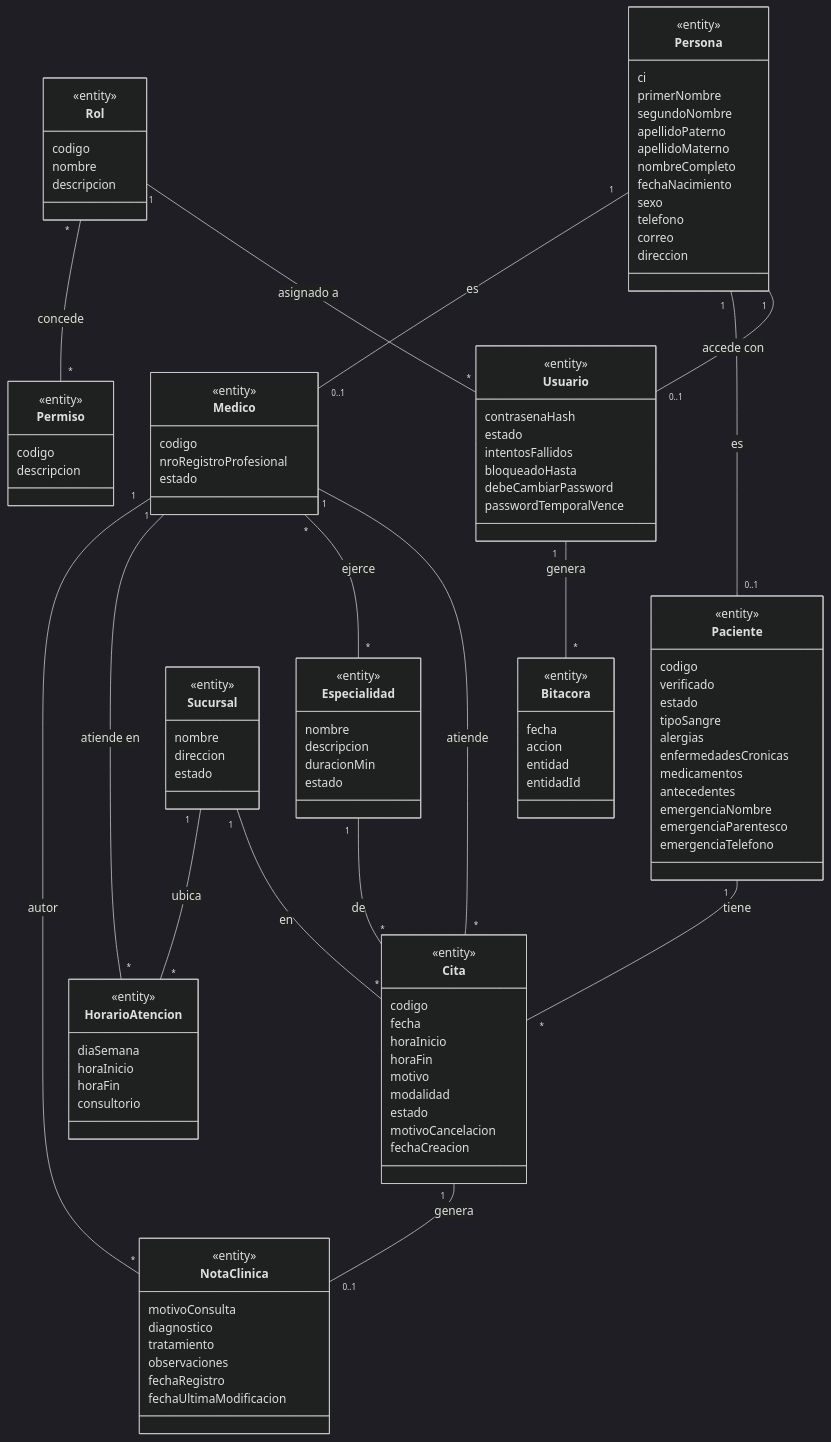
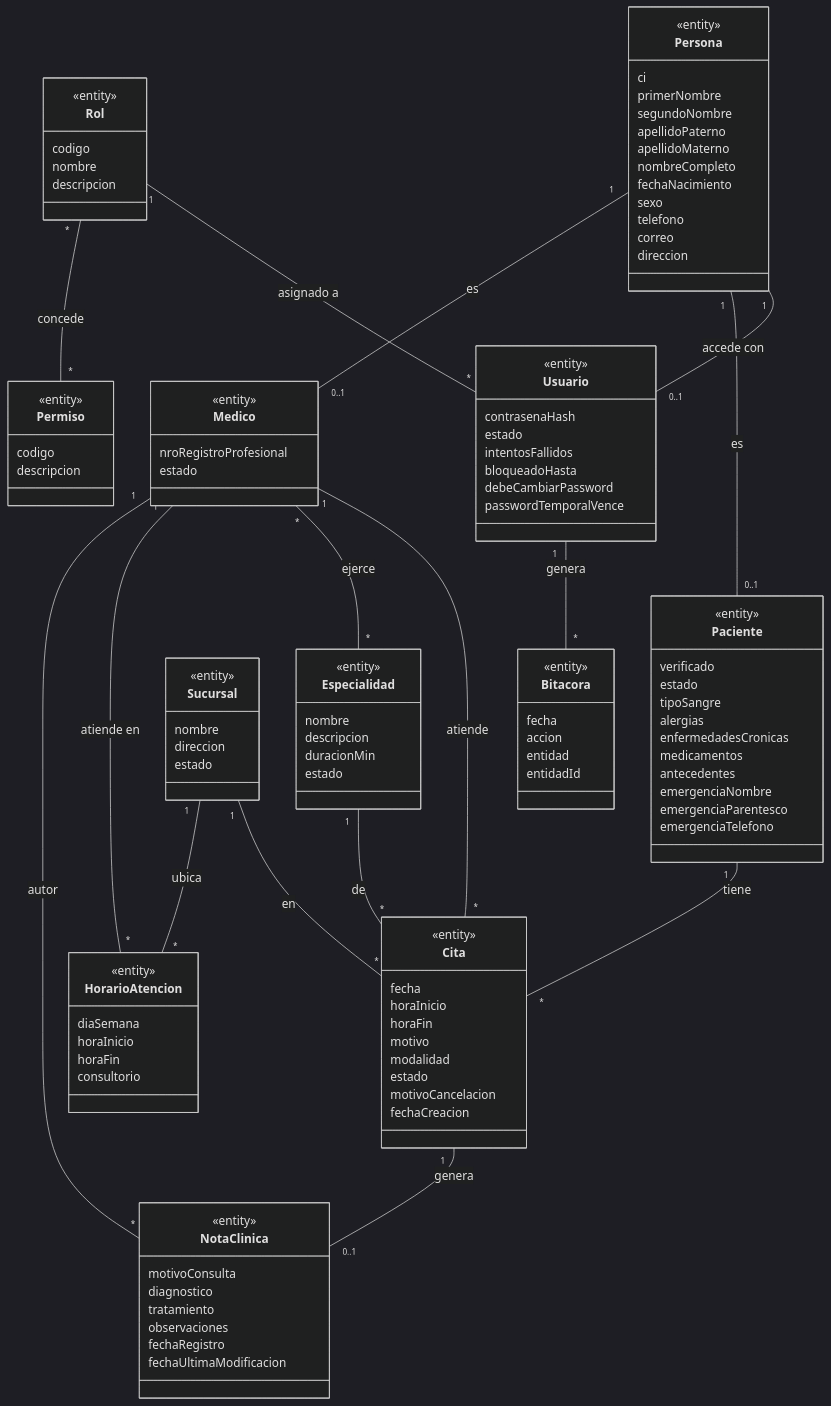
The fourth of 14 diagrams in documento/Informe-Final.md (Einarpd26/2do-examen-ing-requisitos), drawn with Mermaid (dark theme) before and after one commit. The commit also changed other lines of this file, not shown here.

Commit message:
docs(informe): definir el codigo como el id y mostrarlo con formato, y aclarar la matricula del medico

```diff
--- a/documento/Informe-Final.md
+++ b/documento/Informe-Final.md
@@ -617,7 +617,6 @@
     }
     class Paciente {
         <<entity>>
-        codigo
         verificado
         estado
         tipoSangre
@@ -631,7 +630,6 @@
     }
     class Medico {
         <<entity>>
-        codigo
         nroRegistroProfesional
         estado
     }
@@ -657,7 +655,6 @@
     }
     class Cita {
         <<entity>>
-        codigo
         fecha
         horaInicio
         horaFin
```
